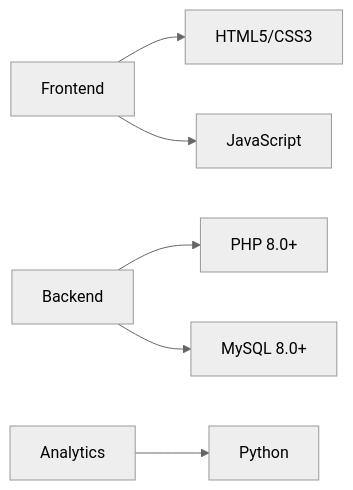
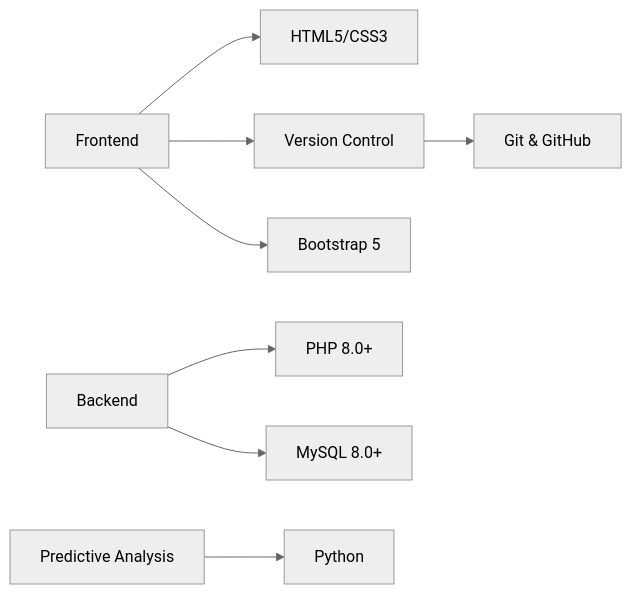
One commit to GovardhaneNitin/smart-inventory changed the diagram in README.md. Above: the diagram before and after it, drawn with Mermaid (neutral theme). The commit also changed other lines of this file, not shown here.

````diff
--- a/README.md
+++ b/README.md
@@ -54,8 +72,10 @@
 ```mermaid
 graph LR
     A[Frontend] --> D[HTML5/CSS3]
     A --> E[JavaScript]
+    A --> I[Bootstrap 5]
     B[Backend] --> F[PHP 8.0+]
     B --> G[MySQL 8.0+]
-    C[Analytics] --> H[Python]
+    C[Predictive Analysis] --> H[Python]
+    E[Version Control] --> J[Git & GitHub]
 ```
````
